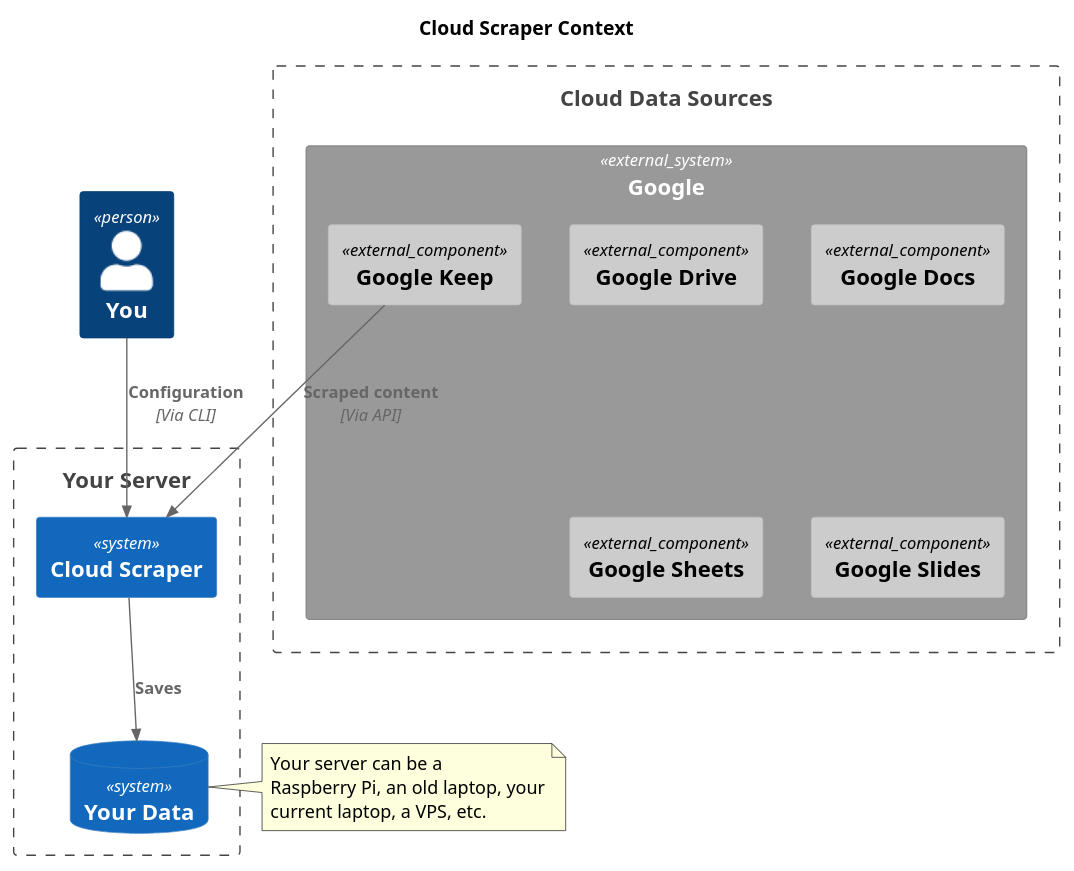
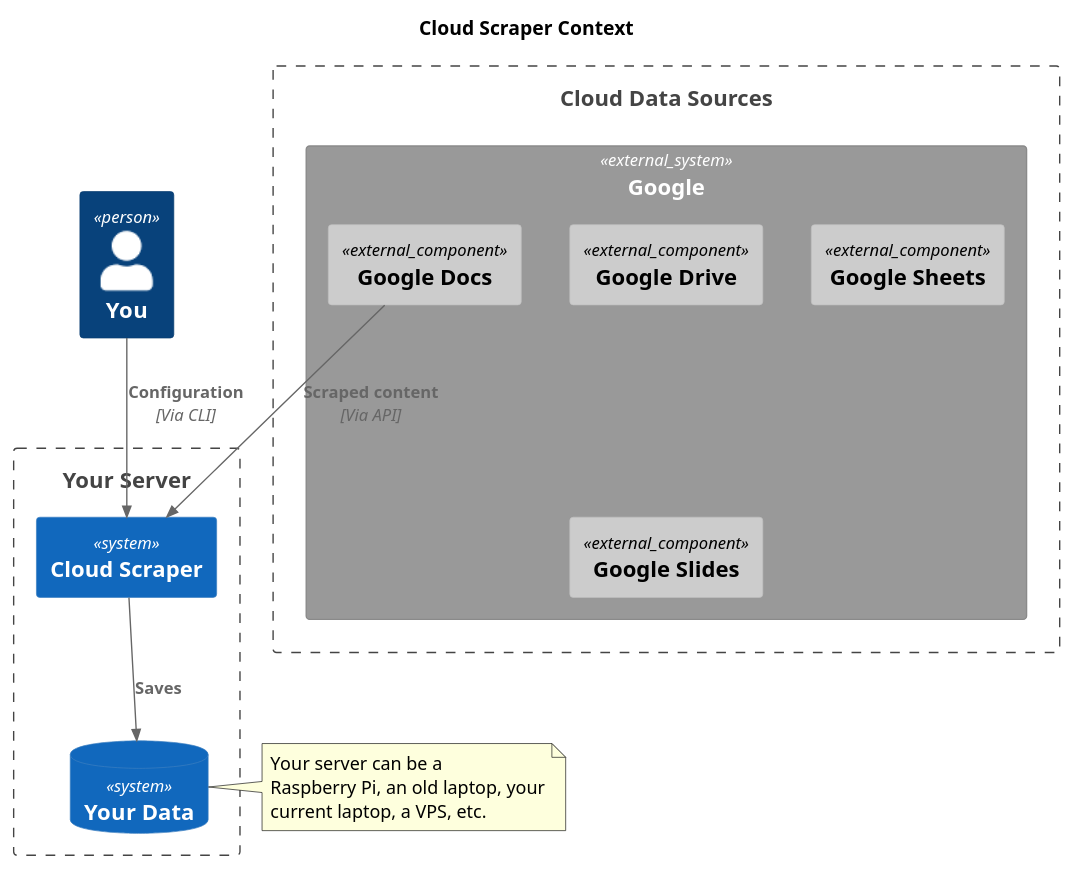
One commit to rob-h-w/cloud-scraper changed the diagram in diagrams/context.puml. Above: the diagram before and after it, drawn with PlantUML. The commit also changed 1 other file, not shown here.

Commit message:
Remove Keep Component
From the diagram because the Keep API is enterprise-only. Getting Keep data
will be harder to accomplish. Stick to to Google Docs & whatnot for now.

```diff
--- a/diagrams/context.puml
+++ b/diagrams/context.puml
@@ -1,37 +1,36 @@
 @startuml Context
 
 skinparam backgroundColor white
 
 !include  https://raw.githubusercontent.com/plantuml-stdlib/C4-PlantUML/master/C4_Context.puml
 !include  https://raw.githubusercontent.com/plantuml-stdlib/C4-PlantUML/master/C4_Component.puml
 
 title Cloud Scraper Context
 
 Boundary(cloud_data_sources, "Cloud Data Sources") {
     System_Ext(google, "Google") {
         Component_Ext(google_drive, "Google Drive")
         Component_Ext(google_docs, "Google Docs")
-        Component_Ext(google_keep, "Google Keep")
         Component_Ext(google_sheets, "Google Sheets")
         Component_Ext(google_slides, "Google Slides")
     }
 }
 
 Boundary(your_server, "Your Server") {
     System(cloud_scraper, "Cloud Scraper")
     SystemDb(cloud_scraper_db, "Your Data")
 }
 
 skinparam NoteTextAlignment left
 note right
     Your server can be a
     Raspberry Pi, an old laptop, your current laptop, a VPS, etc.
 end note
 
 Person(you, "You")
 
 Rel(you, cloud_scraper, "Configuration", "Via CLI")
-Rel(google_keep, cloud_scraper, "Scraped content", "Via API")
+Rel(google_docs, cloud_scraper, "Scraped content", "Via API")
 Rel(cloud_scraper, cloud_scraper_db, "Saves")
 
 @enduml
```
